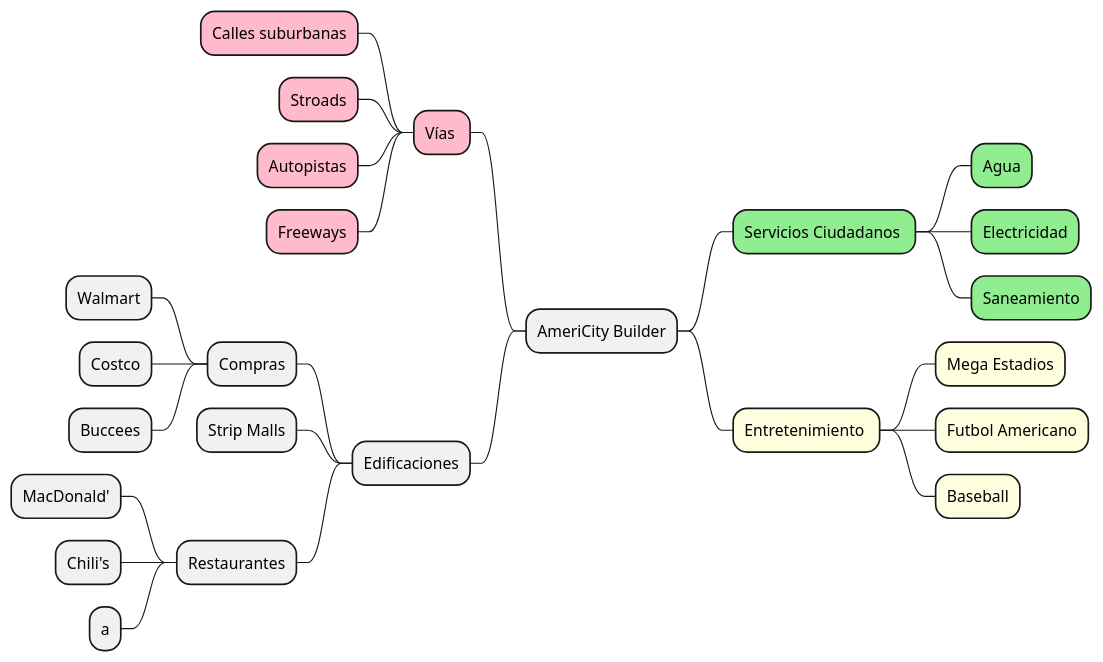
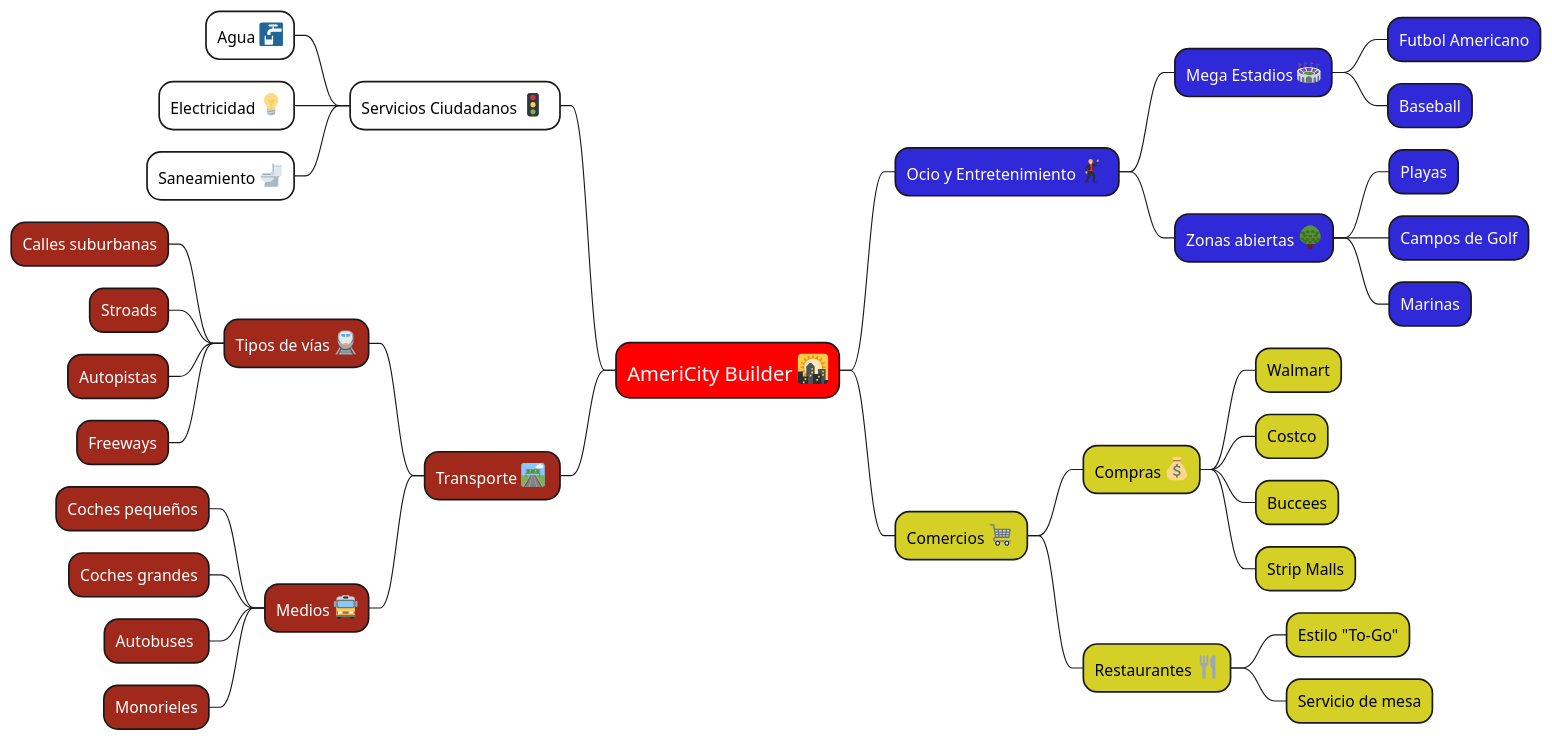
One commit to miguelancabezon/25-26-igps changed the diagram in entregas/jose.melgares/AEC-PUML-NOUML/mindmap.puml. Above: the diagram before and after it, drawn with PlantUML.

Commit message:
emojis and structure

```diff
--- a/entregas/jose.melgares/AEC-PUML-NOUML/mindmap.puml
+++ b/entregas/jose.melgares/AEC-PUML-NOUML/mindmap.puml
@@ -1,48 +1,67 @@
 @startmindmap
 <style>
 mindmapDiagram {
-  .frontStyle * {
-    BackgroundColor lightgreen
+  .serviciosStyle * {
+    BackgroundColor #fff
   }
-  .jsStyle * {
-    BackgroundColor lightyellow
+  .ocioStyle * {
+    BackgroundColor #2f29d8
+    FontColor #fff
   }
-    .backStyle * {
-    BackgroundColor lightblue
+    .comercioStyle * {
+    BackgroundColor #d5d025
   }
-    .redStyle * {
-    BackgroundColor #FFBBCC
+    .tranportStyle * {
+    BackgroundColor #A0291C
+    FontColor #fff
+  }
+ node {
+    FontSize 14
+  }
+  rootNode {
+    BackgroundColor red
+    FontColor #fff
+    FontSize 18
   }
 }
 </style>
 
-+ AmeriCity Builder
++ AmeriCity Builder <:1F307:>
 
-++ Servicios Ciudadanos <<frontStyle>>
-+++ Agua
-+++ Electricidad
-+++ Saneamiento
+-- Servicios Ciudadanos <:1F6A6:> <<serviciosStyle>>
+--- Agua <:1F6B0:>
+--- Electricidad <:1F4A1:>
+--- Saneamiento <:1F6BD:>
 
-++ Entretenimiento <<jsStyle>>
-+++ Mega Estadios
-+++ Futbol Americano
-+++ Baseball
+++ Ocio y Entretenimiento <:1F57A:> <<ocioStyle>>
++++ Mega Estadios <:1F3DF:>
+++++ Futbol Americano
+++++ Baseball
++++ Zonas abiertas <:1f333:>
+++++ Playas
+++++ Campos de Golf
+++++ Marinas
 
 
--- Vías <<redStyle>>
---- Calles suburbanas
---- Stroads
---- Autopistas
---- Freeways
+-- Transporte <:1F6E3:> <<tranportStyle>>
+--- Tipos de vías <:1F686:>
+---- Calles suburbanas
+---- Stroads
+---- Autopistas
+---- Freeways
+--- Medios <:1F68D:>
+---- Coches pequeños
+---- Coches grandes
+---- Autobuses 
+---- Monorieles
 
--- Edificaciones
---- Compras
----- Walmart
----- Costco
----- Buccees
---- Strip Malls
---- Restaurantes
----- MacDonald'
----- Chili's
----- a
+++ Comercios <:1F6D2:> <<comercioStyle>>
++++ Compras <:1F4B0:>
+++++ Walmart
+++++ Costco
+++++ Buccees
+++++ Strip Malls
++++ Restaurantes <:1F374:>
+++++ Estilo "To-Go"
+++++ Servicio de mesa
 @endmindmap
```
